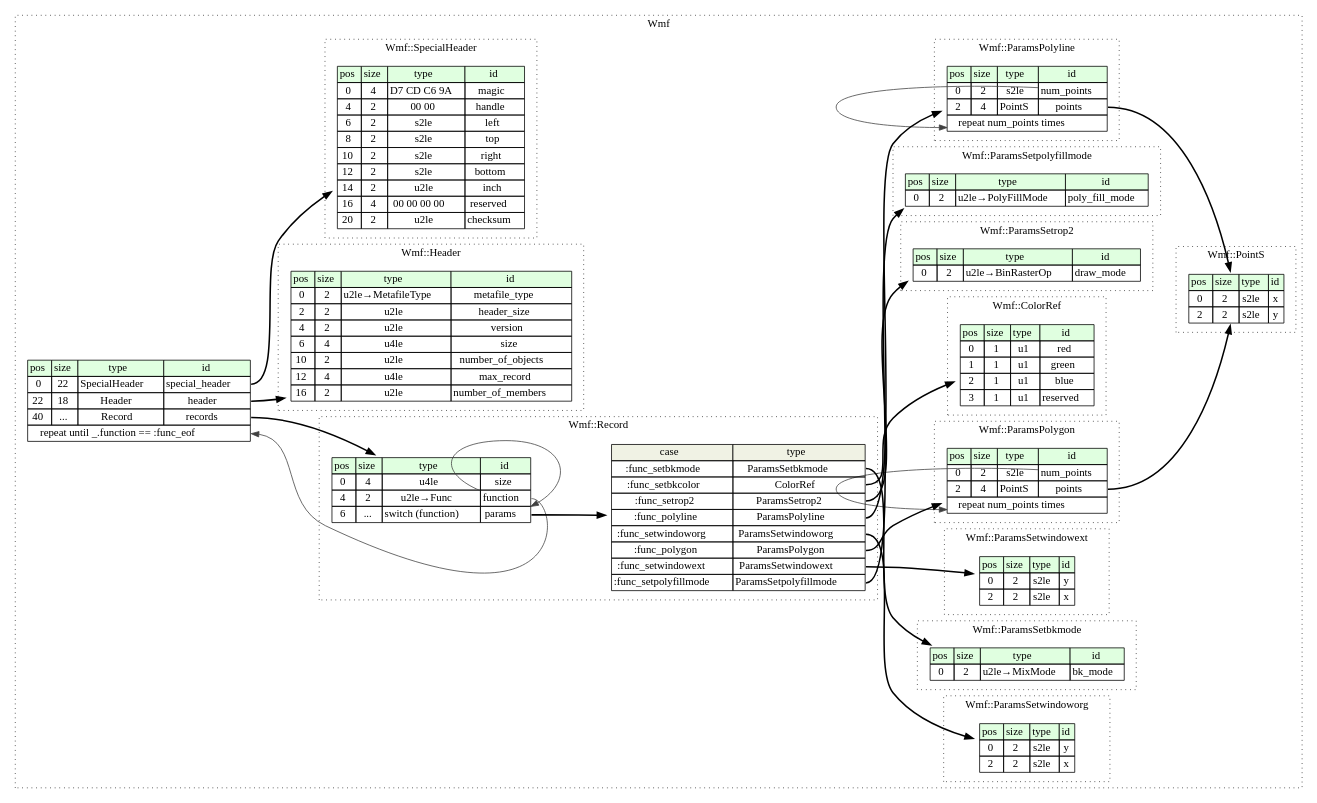
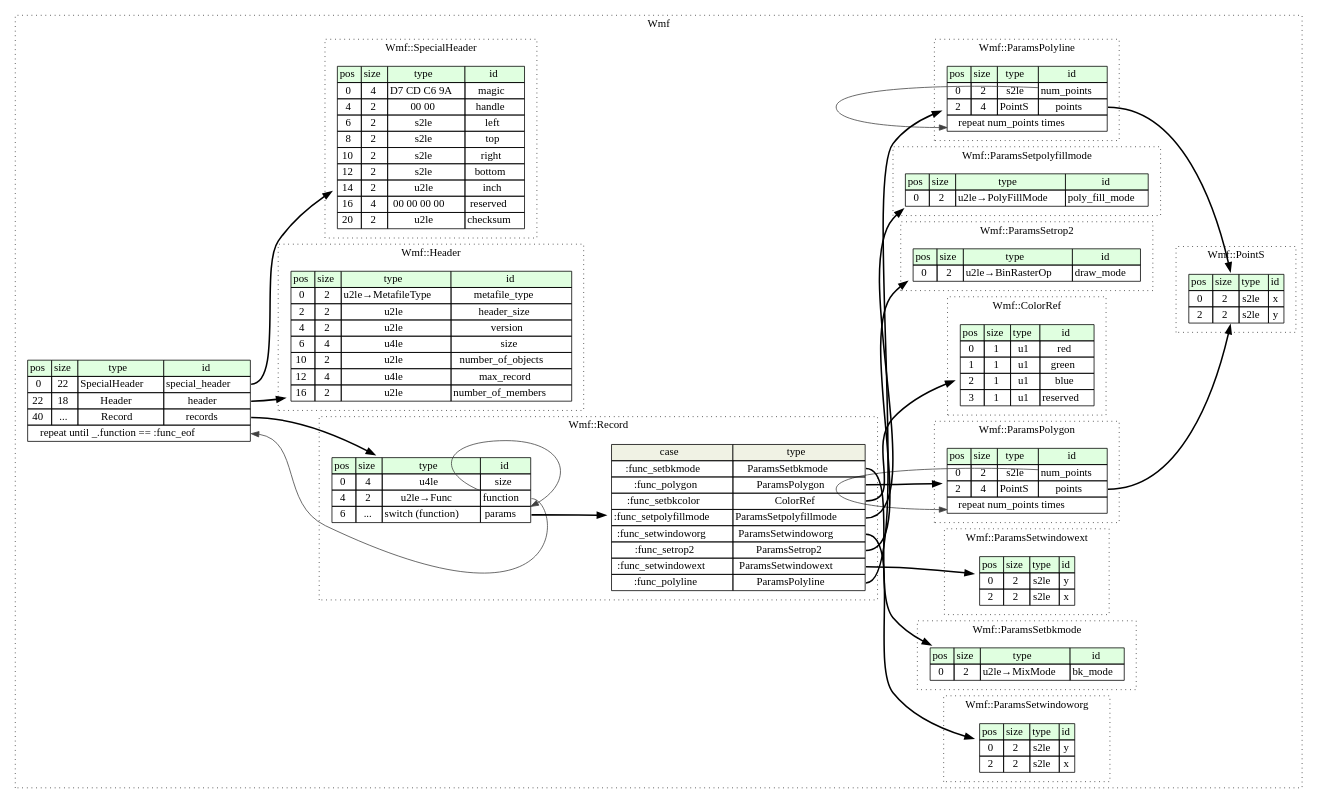
Before and after one commit to kaitai-io/formats-kaitai-io.github.io: the diagram in wmf/src/graphviz/wmf.dot, drawn with Graphviz. The commit also changed 2419 other files, not shown here.

```diff
--- a/wmf/src/graphviz/wmf.dot
+++ b/wmf/src/graphviz/wmf.dot
@@ -1,179 +1,179 @@
 digraph {
 	rankdir=LR;
 	node [shape=plaintext];
 	subgraph cluster__wmf {
 		label="Wmf";
 		graph[style=dotted];
 
 		wmf__seq [label=<<TABLE BORDER="0" CELLBORDER="1" CELLSPACING="0">
 			<TR><TD BGCOLOR="#E0FFE0">pos</TD><TD BGCOLOR="#E0FFE0">size</TD><TD BGCOLOR="#E0FFE0">type</TD><TD BGCOLOR="#E0FFE0">id</TD></TR>
 			<TR><TD PORT="special_header_pos">0</TD><TD PORT="special_header_size">22</TD><TD>SpecialHeader</TD><TD PORT="special_header_type">special_header</TD></TR>
 			<TR><TD PORT="header_pos">22</TD><TD PORT="header_size">18</TD><TD>Header</TD><TD PORT="header_type">header</TD></TR>
 			<TR><TD PORT="records_pos">40</TD><TD PORT="records_size">...</TD><TD>Record</TD><TD PORT="records_type">records</TD></TR>
 			<TR><TD COLSPAN="4" PORT="records__repeat">repeat until _.function == :func_eof</TD></TR>
 		</TABLE>>];
 		subgraph cluster__params_setwindoworg {
 			label="Wmf::ParamsSetwindoworg";
 			graph[style=dotted];
 
 			params_setwindoworg__seq [label=<<TABLE BORDER="0" CELLBORDER="1" CELLSPACING="0">
 				<TR><TD BGCOLOR="#E0FFE0">pos</TD><TD BGCOLOR="#E0FFE0">size</TD><TD BGCOLOR="#E0FFE0">type</TD><TD BGCOLOR="#E0FFE0">id</TD></TR>
 				<TR><TD PORT="y_pos">0</TD><TD PORT="y_size">2</TD><TD>s2le</TD><TD PORT="y_type">y</TD></TR>
 				<TR><TD PORT="x_pos">2</TD><TD PORT="x_size">2</TD><TD>s2le</TD><TD PORT="x_type">x</TD></TR>
 			</TABLE>>];
 		}
 		subgraph cluster__params_setbkmode {
 			label="Wmf::ParamsSetbkmode";
 			graph[style=dotted];
 
 			params_setbkmode__seq [label=<<TABLE BORDER="0" CELLBORDER="1" CELLSPACING="0">
 				<TR><TD BGCOLOR="#E0FFE0">pos</TD><TD BGCOLOR="#E0FFE0">size</TD><TD BGCOLOR="#E0FFE0">type</TD><TD BGCOLOR="#E0FFE0">id</TD></TR>
 				<TR><TD PORT="bk_mode_pos">0</TD><TD PORT="bk_mode_size">2</TD><TD>u2le→MixMode</TD><TD PORT="bk_mode_type">bk_mode</TD></TR>
 			</TABLE>>];
 		}
 		subgraph cluster__point_s {
 			label="Wmf::PointS";
 			graph[style=dotted];
 
 			point_s__seq [label=<<TABLE BORDER="0" CELLBORDER="1" CELLSPACING="0">
 				<TR><TD BGCOLOR="#E0FFE0">pos</TD><TD BGCOLOR="#E0FFE0">size</TD><TD BGCOLOR="#E0FFE0">type</TD><TD BGCOLOR="#E0FFE0">id</TD></TR>
 				<TR><TD PORT="x_pos">0</TD><TD PORT="x_size">2</TD><TD>s2le</TD><TD PORT="x_type">x</TD></TR>
 				<TR><TD PORT="y_pos">2</TD><TD PORT="y_size">2</TD><TD>s2le</TD><TD PORT="y_type">y</TD></TR>
 			</TABLE>>];
 		}
 		subgraph cluster__params_setwindowext {
 			label="Wmf::ParamsSetwindowext";
 			graph[style=dotted];
 
 			params_setwindowext__seq [label=<<TABLE BORDER="0" CELLBORDER="1" CELLSPACING="0">
 				<TR><TD BGCOLOR="#E0FFE0">pos</TD><TD BGCOLOR="#E0FFE0">size</TD><TD BGCOLOR="#E0FFE0">type</TD><TD BGCOLOR="#E0FFE0">id</TD></TR>
 				<TR><TD PORT="y_pos">0</TD><TD PORT="y_size">2</TD><TD>s2le</TD><TD PORT="y_type">y</TD></TR>
 				<TR><TD PORT="x_pos">2</TD><TD PORT="x_size">2</TD><TD>s2le</TD><TD PORT="x_type">x</TD></TR>
 			</TABLE>>];
 		}
 		subgraph cluster__params_polygon {
 			label="Wmf::ParamsPolygon";
 			graph[style=dotted];
 
 			params_polygon__seq [label=<<TABLE BORDER="0" CELLBORDER="1" CELLSPACING="0">
 				<TR><TD BGCOLOR="#E0FFE0">pos</TD><TD BGCOLOR="#E0FFE0">size</TD><TD BGCOLOR="#E0FFE0">type</TD><TD BGCOLOR="#E0FFE0">id</TD></TR>
 				<TR><TD PORT="num_points_pos">0</TD><TD PORT="num_points_size">2</TD><TD>s2le</TD><TD PORT="num_points_type">num_points</TD></TR>
 				<TR><TD PORT="points_pos">2</TD><TD PORT="points_size">4</TD><TD>PointS</TD><TD PORT="points_type">points</TD></TR>
 				<TR><TD COLSPAN="4" PORT="points__repeat">repeat num_points times</TD></TR>
 			</TABLE>>];
 		}
 		subgraph cluster__header {
 			label="Wmf::Header";
 			graph[style=dotted];
 
 			header__seq [label=<<TABLE BORDER="0" CELLBORDER="1" CELLSPACING="0">
 				<TR><TD BGCOLOR="#E0FFE0">pos</TD><TD BGCOLOR="#E0FFE0">size</TD><TD BGCOLOR="#E0FFE0">type</TD><TD BGCOLOR="#E0FFE0">id</TD></TR>
 				<TR><TD PORT="metafile_type_pos">0</TD><TD PORT="metafile_type_size">2</TD><TD>u2le→MetafileType</TD><TD PORT="metafile_type_type">metafile_type</TD></TR>
 				<TR><TD PORT="header_size_pos">2</TD><TD PORT="header_size_size">2</TD><TD>u2le</TD><TD PORT="header_size_type">header_size</TD></TR>
 				<TR><TD PORT="version_pos">4</TD><TD PORT="version_size">2</TD><TD>u2le</TD><TD PORT="version_type">version</TD></TR>
 				<TR><TD PORT="size_pos">6</TD><TD PORT="size_size">4</TD><TD>u4le</TD><TD PORT="size_type">size</TD></TR>
 				<TR><TD PORT="number_of_objects_pos">10</TD><TD PORT="number_of_objects_size">2</TD><TD>u2le</TD><TD PORT="number_of_objects_type">number_of_objects</TD></TR>
 				<TR><TD PORT="max_record_pos">12</TD><TD PORT="max_record_size">4</TD><TD>u4le</TD><TD PORT="max_record_type">max_record</TD></TR>
 				<TR><TD PORT="number_of_members_pos">16</TD><TD PORT="number_of_members_size">2</TD><TD>u2le</TD><TD PORT="number_of_members_type">number_of_members</TD></TR>
 			</TABLE>>];
 		}
 		subgraph cluster__color_ref {
 			label="Wmf::ColorRef";
 			graph[style=dotted];
 
 			color_ref__seq [label=<<TABLE BORDER="0" CELLBORDER="1" CELLSPACING="0">
 				<TR><TD BGCOLOR="#E0FFE0">pos</TD><TD BGCOLOR="#E0FFE0">size</TD><TD BGCOLOR="#E0FFE0">type</TD><TD BGCOLOR="#E0FFE0">id</TD></TR>
 				<TR><TD PORT="red_pos">0</TD><TD PORT="red_size">1</TD><TD>u1</TD><TD PORT="red_type">red</TD></TR>
 				<TR><TD PORT="green_pos">1</TD><TD PORT="green_size">1</TD><TD>u1</TD><TD PORT="green_type">green</TD></TR>
 				<TR><TD PORT="blue_pos">2</TD><TD PORT="blue_size">1</TD><TD>u1</TD><TD PORT="blue_type">blue</TD></TR>
 				<TR><TD PORT="reserved_pos">3</TD><TD PORT="reserved_size">1</TD><TD>u1</TD><TD PORT="reserved_type">reserved</TD></TR>
 			</TABLE>>];
 		}
 		subgraph cluster__params_setrop2 {
 			label="Wmf::ParamsSetrop2";
 			graph[style=dotted];
 
 			params_setrop2__seq [label=<<TABLE BORDER="0" CELLBORDER="1" CELLSPACING="0">
 				<TR><TD BGCOLOR="#E0FFE0">pos</TD><TD BGCOLOR="#E0FFE0">size</TD><TD BGCOLOR="#E0FFE0">type</TD><TD BGCOLOR="#E0FFE0">id</TD></TR>
 				<TR><TD PORT="draw_mode_pos">0</TD><TD PORT="draw_mode_size">2</TD><TD>u2le→BinRasterOp</TD><TD PORT="draw_mode_type">draw_mode</TD></TR>
 			</TABLE>>];
 		}
 		subgraph cluster__params_setpolyfillmode {
 			label="Wmf::ParamsSetpolyfillmode";
 			graph[style=dotted];
 
 			params_setpolyfillmode__seq [label=<<TABLE BORDER="0" CELLBORDER="1" CELLSPACING="0">
 				<TR><TD BGCOLOR="#E0FFE0">pos</TD><TD BGCOLOR="#E0FFE0">size</TD><TD BGCOLOR="#E0FFE0">type</TD><TD BGCOLOR="#E0FFE0">id</TD></TR>
 				<TR><TD PORT="poly_fill_mode_pos">0</TD><TD PORT="poly_fill_mode_size">2</TD><TD>u2le→PolyFillMode</TD><TD PORT="poly_fill_mode_type">poly_fill_mode</TD></TR>
 			</TABLE>>];
 		}
 		subgraph cluster__params_polyline {
 			label="Wmf::ParamsPolyline";
 			graph[style=dotted];
 
 			params_polyline__seq [label=<<TABLE BORDER="0" CELLBORDER="1" CELLSPACING="0">
 				<TR><TD BGCOLOR="#E0FFE0">pos</TD><TD BGCOLOR="#E0FFE0">size</TD><TD BGCOLOR="#E0FFE0">type</TD><TD BGCOLOR="#E0FFE0">id</TD></TR>
 				<TR><TD PORT="num_points_pos">0</TD><TD PORT="num_points_size">2</TD><TD>s2le</TD><TD PORT="num_points_type">num_points</TD></TR>
 				<TR><TD PORT="points_pos">2</TD><TD PORT="points_size">4</TD><TD>PointS</TD><TD PORT="points_type">points</TD></TR>
 				<TR><TD COLSPAN="4" PORT="points__repeat">repeat num_points times</TD></TR>
 			</TABLE>>];
 		}
 		subgraph cluster__special_header {
 			label="Wmf::SpecialHeader";
 			graph[style=dotted];
 
 			special_header__seq [label=<<TABLE BORDER="0" CELLBORDER="1" CELLSPACING="0">
 				<TR><TD BGCOLOR="#E0FFE0">pos</TD><TD BGCOLOR="#E0FFE0">size</TD><TD BGCOLOR="#E0FFE0">type</TD><TD BGCOLOR="#E0FFE0">id</TD></TR>
 				<TR><TD PORT="magic_pos">0</TD><TD PORT="magic_size">4</TD><TD>D7 CD C6 9A</TD><TD PORT="magic_type">magic</TD></TR>
 				<TR><TD PORT="handle_pos">4</TD><TD PORT="handle_size">2</TD><TD>00 00</TD><TD PORT="handle_type">handle</TD></TR>
 				<TR><TD PORT="left_pos">6</TD><TD PORT="left_size">2</TD><TD>s2le</TD><TD PORT="left_type">left</TD></TR>
 				<TR><TD PORT="top_pos">8</TD><TD PORT="top_size">2</TD><TD>s2le</TD><TD PORT="top_type">top</TD></TR>
 				<TR><TD PORT="right_pos">10</TD><TD PORT="right_size">2</TD><TD>s2le</TD><TD PORT="right_type">right</TD></TR>
 				<TR><TD PORT="bottom_pos">12</TD><TD PORT="bottom_size">2</TD><TD>s2le</TD><TD PORT="bottom_type">bottom</TD></TR>
 				<TR><TD PORT="inch_pos">14</TD><TD PORT="inch_size">2</TD><TD>u2le</TD><TD PORT="inch_type">inch</TD></TR>
 				<TR><TD PORT="reserved_pos">16</TD><TD PORT="reserved_size">4</TD><TD>00 00 00 00</TD><TD PORT="reserved_type">reserved</TD></TR>
 				<TR><TD PORT="checksum_pos">20</TD><TD PORT="checksum_size">2</TD><TD>u2le</TD><TD PORT="checksum_type">checksum</TD></TR>
 			</TABLE>>];
 		}
 		subgraph cluster__record {
 			label="Wmf::Record";
 			graph[style=dotted];
 
 			record__seq [label=<<TABLE BORDER="0" CELLBORDER="1" CELLSPACING="0">
 				<TR><TD BGCOLOR="#E0FFE0">pos</TD><TD BGCOLOR="#E0FFE0">size</TD><TD BGCOLOR="#E0FFE0">type</TD><TD BGCOLOR="#E0FFE0">id</TD></TR>
 				<TR><TD PORT="size_pos">0</TD><TD PORT="size_size">4</TD><TD>u4le</TD><TD PORT="size_type">size</TD></TR>
 				<TR><TD PORT="function_pos">4</TD><TD PORT="function_size">2</TD><TD>u2le→Func</TD><TD PORT="function_type">function</TD></TR>
 				<TR><TD PORT="params_pos">6</TD><TD PORT="params_size">...</TD><TD>switch (function)</TD><TD PORT="params_type">params</TD></TR>
 			</TABLE>>];
 record__seq_params_switch [label=<<TABLE BORDER="0" CELLBORDER="1" CELLSPACING="0">
 	<TR><TD BGCOLOR="#F0F2E4">case</TD><TD BGCOLOR="#F0F2E4">type</TD></TR>
 	<TR><TD>:func_setbkmode</TD><TD PORT="case0">ParamsSetbkmode</TD></TR>
-	<TR><TD>:func_setbkcolor</TD><TD PORT="case1">ColorRef</TD></TR>
-	<TR><TD>:func_setrop2</TD><TD PORT="case2">ParamsSetrop2</TD></TR>
-	<TR><TD>:func_polyline</TD><TD PORT="case3">ParamsPolyline</TD></TR>
+	<TR><TD>:func_polygon</TD><TD PORT="case1">ParamsPolygon</TD></TR>
+	<TR><TD>:func_setbkcolor</TD><TD PORT="case2">ColorRef</TD></TR>
+	<TR><TD>:func_setpolyfillmode</TD><TD PORT="case3">ParamsSetpolyfillmode</TD></TR>
 	<TR><TD>:func_setwindoworg</TD><TD PORT="case4">ParamsSetwindoworg</TD></TR>
-	<TR><TD>:func_polygon</TD><TD PORT="case5">ParamsPolygon</TD></TR>
+	<TR><TD>:func_setrop2</TD><TD PORT="case5">ParamsSetrop2</TD></TR>
 	<TR><TD>:func_setwindowext</TD><TD PORT="case6">ParamsSetwindowext</TD></TR>
-	<TR><TD>:func_setpolyfillmode</TD><TD PORT="case7">ParamsSetpolyfillmode</TD></TR>
+	<TR><TD>:func_polyline</TD><TD PORT="case7">ParamsPolyline</TD></TR>
 </TABLE>>];
 		}
 	}
 	wmf__seq:special_header_type -> special_header__seq [style=bold];
 	wmf__seq:header_type -> header__seq [style=bold];
 	wmf__seq:records_type -> record__seq [style=bold];
 	record__seq:function_type -> wmf__seq:records__repeat [color="#404040"];
 	params_polygon__seq:points_type -> point_s__seq [style=bold];
 	params_polygon__seq:num_points_type -> params_polygon__seq:points__repeat [color="#404040"];
 	params_polyline__seq:points_type -> point_s__seq [style=bold];
 	params_polyline__seq:num_points_type -> params_polyline__seq:points__repeat [color="#404040"];
 	record__seq:params_type -> record__seq_params_switch [style=bold];
 	record__seq_params_switch:case0 -> params_setbkmode__seq [style=bold];
-	record__seq_params_switch:case1 -> color_ref__seq [style=bold];
-	record__seq_params_switch:case2 -> params_setrop2__seq [style=bold];
-	record__seq_params_switch:case3 -> params_polyline__seq [style=bold];
+	record__seq_params_switch:case1 -> params_polygon__seq [style=bold];
+	record__seq_params_switch:case2 -> color_ref__seq [style=bold];
+	record__seq_params_switch:case3 -> params_setpolyfillmode__seq [style=bold];
 	record__seq_params_switch:case4 -> params_setwindoworg__seq [style=bold];
-	record__seq_params_switch:case5 -> params_polygon__seq [style=bold];
+	record__seq_params_switch:case5 -> params_setrop2__seq [style=bold];
 	record__seq_params_switch:case6 -> params_setwindowext__seq [style=bold];
-	record__seq_params_switch:case7 -> params_setpolyfillmode__seq [style=bold];
+	record__seq_params_switch:case7 -> params_polyline__seq [style=bold];
 	record__seq:function_type -> record__seq:params_type [color="#404040"];
 }
```
